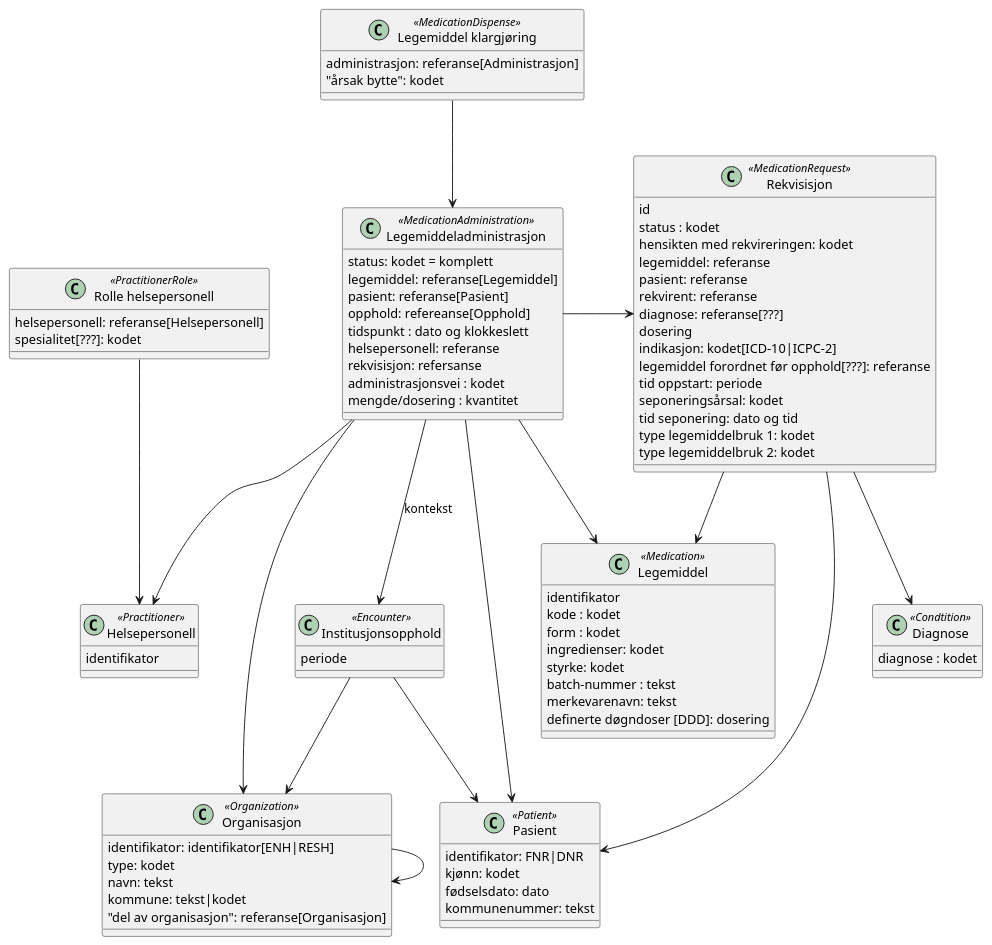
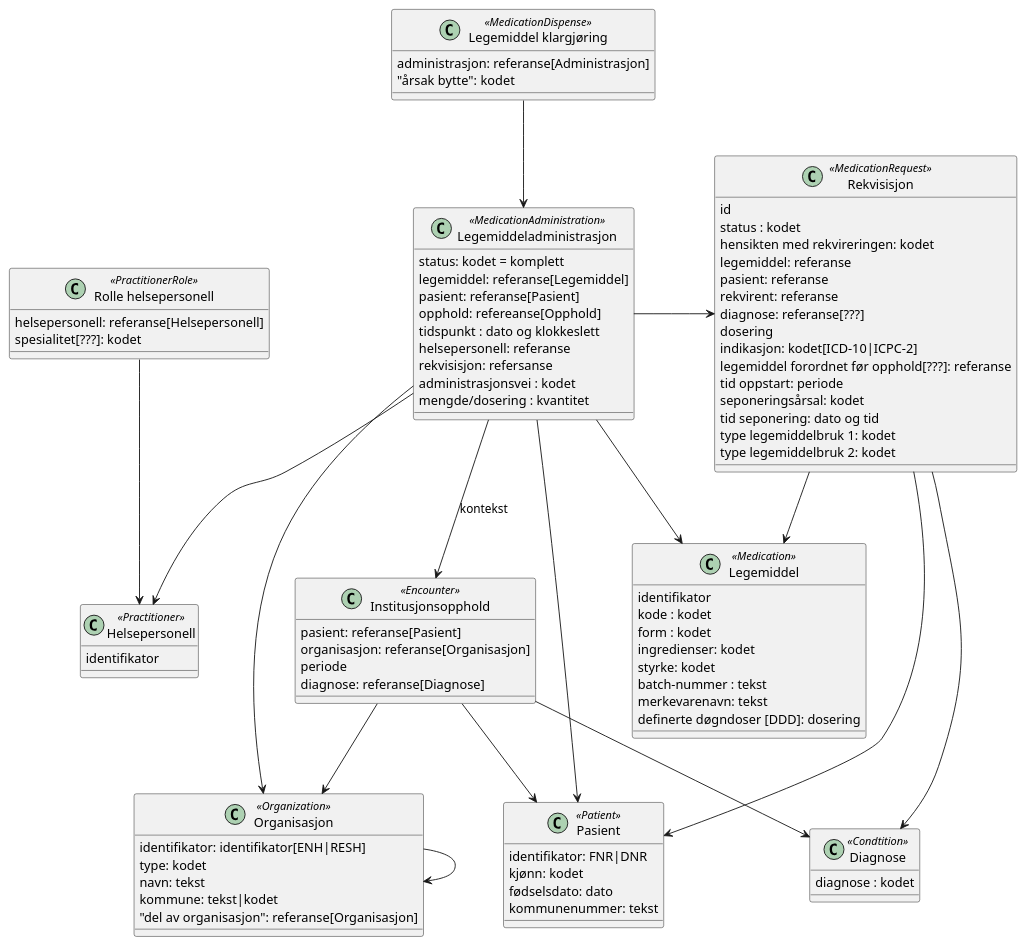
The diagram in modeller/informasjonsmodell-test.plantuml (HL7Norway/LMDI), drawn with PlantUML before and after one commit. The commit also changed 1 other file, not shown here.

```diff
--- a/modeller/informasjonsmodell-test.plantuml
+++ b/modeller/informasjonsmodell-test.plantuml
@@ -1,100 +1,104 @@
 @startuml
 
 class Pasient <<Patient>> {
    identifikator: FNR|DNR
    kjønn: kodet
    fødselsdato: dato
    kommunenummer: tekst 
 }
 class Legemiddeladministrasjon <<MedicationAdministration>> {
    status: kodet = komplett
    legemiddel: referanse[Legemiddel]
    pasient: referanse[Pasient]
    opphold: refereanse[Opphold]
    tidspunkt : dato og klokkeslett
    helsepersonell: referanse
    rekvisisjon: refersanse
    administrasjonsvei : kodet
    mengde/dosering : kvantitet
 }
 
 Legemiddeladministrasjon -> Legemiddel 
 Legemiddeladministrasjon --> Pasient
 Legemiddeladministrasjon --> Helsepersonell
 Legemiddeladministrasjon --> Organisasjon
 Legemiddeladministrasjon -> Rekvisisjon
 Legemiddeladministrasjon --> Institusjonsopphold : kontekst
 
 class Legemiddel <<Medication>> {
    identifikator
    kode : kodet
    form : kodet
    ingredienser: kodet
    styrke: kodet
    batch-nummer : tekst
    merkevarenavn: tekst
    definerte døgndoser [DDD]: dosering
 }
 
 class Helsepersonell <<Practitioner>> {
    identifikator
 }
 class Organisasjon <<Organization>> {
    identifikator: identifikator[ENH|RESH]
    type: kodet
    navn: tekst
    kommune: tekst|kodet
    "del av organisasjon": referanse[Organisasjon]
 }
 
 Organisasjon --> Organisasjon
 
 class Institusjonsopphold <<Encounter>> {
-   periode
+    pasient: referanse[Pasient]
+    organisasjon: referanse[Organisasjon]
+    periode
+    diagnose: referanse[Diagnose]
 }
 
 Institusjonsopphold --> Pasient
 Institusjonsopphold --> Organisasjon
+Institusjonsopphold --> Diagnose
 
 class Diagnose <<Condtition>> {
    diagnose : kodet
 }
 
 class Rekvisisjon <<MedicationRequest>> {
     id
     status : kodet
     hensikten med rekvireringen: kodet
     legemiddel: referanse
     pasient: referanse
     rekvirent: referanse
     diagnose: referanse[???]
     dosering
     indikasjon: kodet[ICD-10|ICPC-2]
     legemiddel forordnet før opphold[???]: referanse
     tid oppstart: periode
     seponeringsårsal: kodet
     tid seponering: dato og tid
     type legemiddelbruk 1: kodet
     type legemiddelbruk 2: kodet
 }
 
 Rekvisisjon --> Diagnose
 Rekvisisjon --> Legemiddel
 Rekvisisjon --> Pasient
 
 class "Legemiddel klargjøring" <<MedicationDispense>> {
     administrasjon: referanse[Administrasjon]
     "årsak bytte": kodet
 } 
 
 "Legemiddel klargjøring" --> Legemiddeladministrasjon
 
 class "Rolle helsepersonell" <<PractitionerRole>> {
     helsepersonell: referanse[Helsepersonell]
     spesialitet[???]: kodet
 }
 
 "Rolle helsepersonell" --> Helsepersonell
 
 
 @enduml
```
